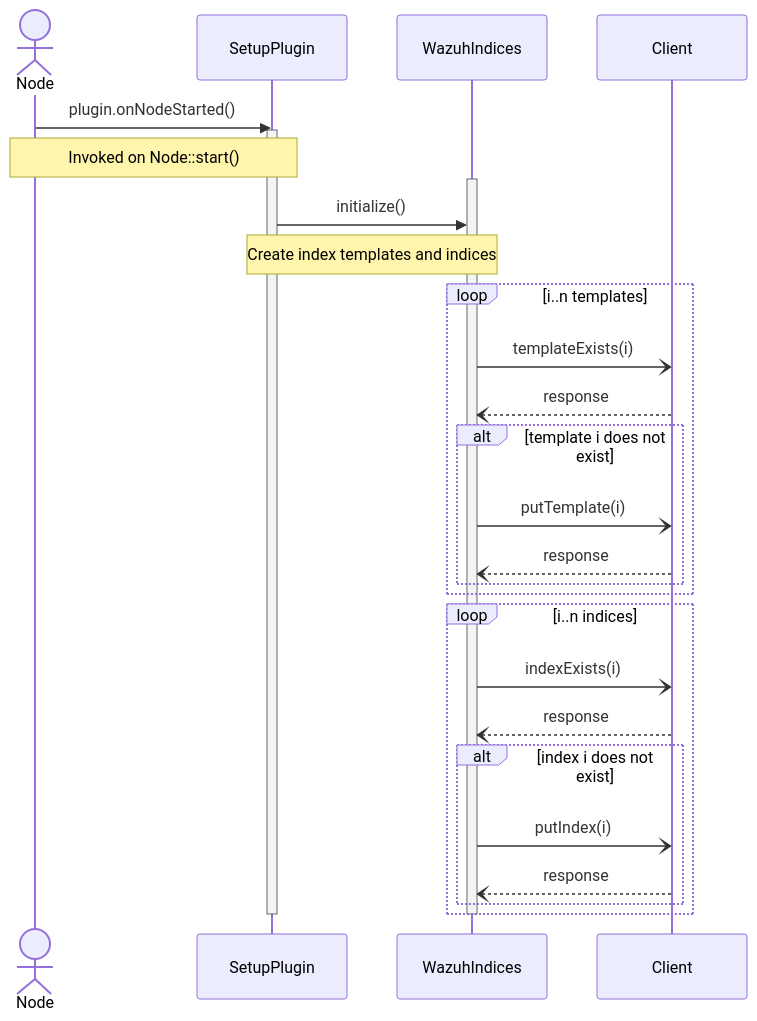
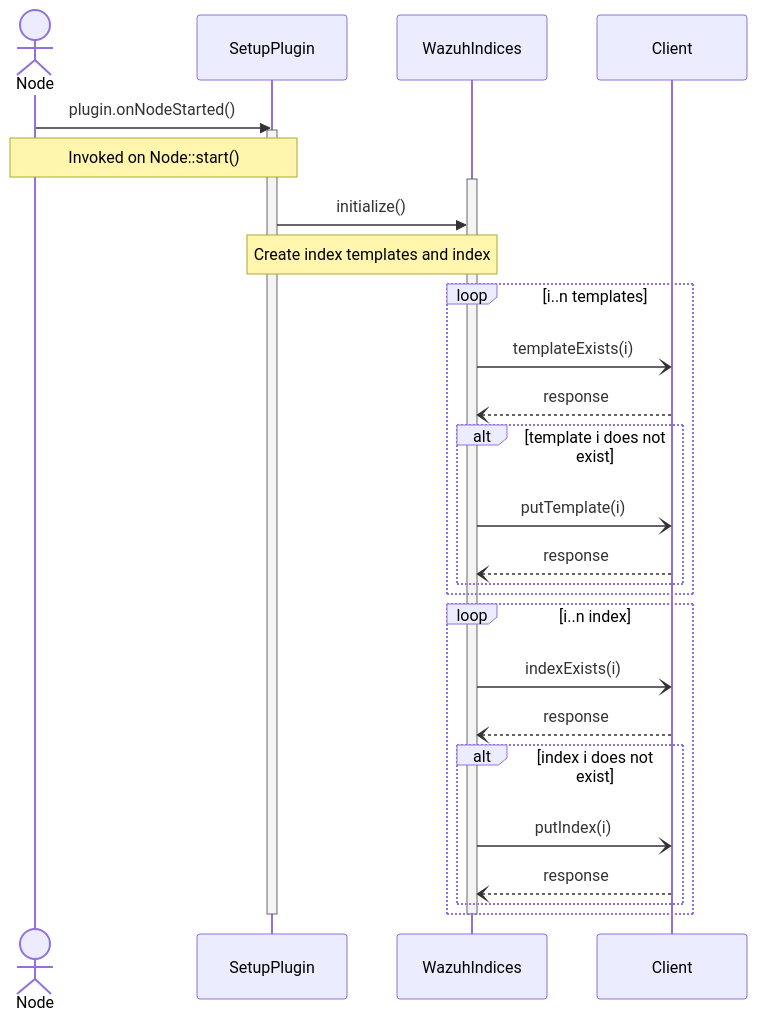
One commit to wazuh/wazuh-indexer-plugins changed the first of 2 diagrams in docs/ref/modules/setup/architecture.md. Above: the diagram before and after it, drawn with Mermaid. The commit also changed other lines of this file and 13 other files, not shown here.

````diff
--- a/docs/ref/modules/setup/architecture.md
+++ b/docs/ref/modules/setup/architecture.md
@@ -26,35 +26,35 @@
 ```mermaid
 sequenceDiagram
     actor Node
     participant SetupPlugin
     participant WazuhIndices
     participant Client
     Node->>SetupPlugin: plugin.onNodeStarted()
     activate SetupPlugin
     Note over Node,SetupPlugin: Invoked on Node::start()
 
 
     activate WazuhIndices
     SetupPlugin->>WazuhIndices: initialize()
 
 
-    Note over SetupPlugin,WazuhIndices: Create index templates and indices
+    Note over SetupPlugin,WazuhIndices: Create index templates and index
     loop i..n templates
         WazuhIndices-)Client: templateExists(i)
         Client--)WazuhIndices: response
         alt template i does not exist
             WazuhIndices-)Client: putTemplate(i)
             Client--)WazuhIndices: response
         end
     end
-    loop i..n indices
+    loop i..n index
         WazuhIndices-)Client: indexExists(i)
         Client--)WazuhIndices: response
         alt index i does not exist
             WazuhIndices-)Client: putIndex(i)
             Client--)WazuhIndices: response
         end
     end
     deactivate WazuhIndices
     deactivate SetupPlugin
 ```
````
